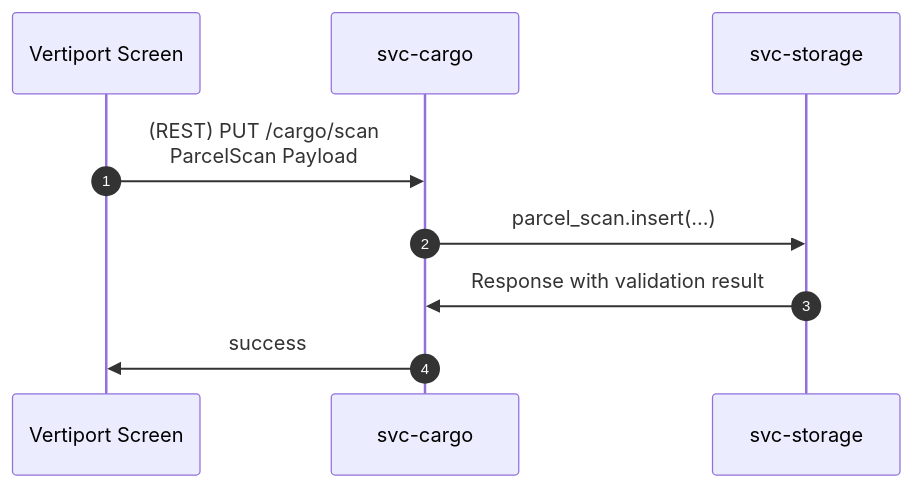
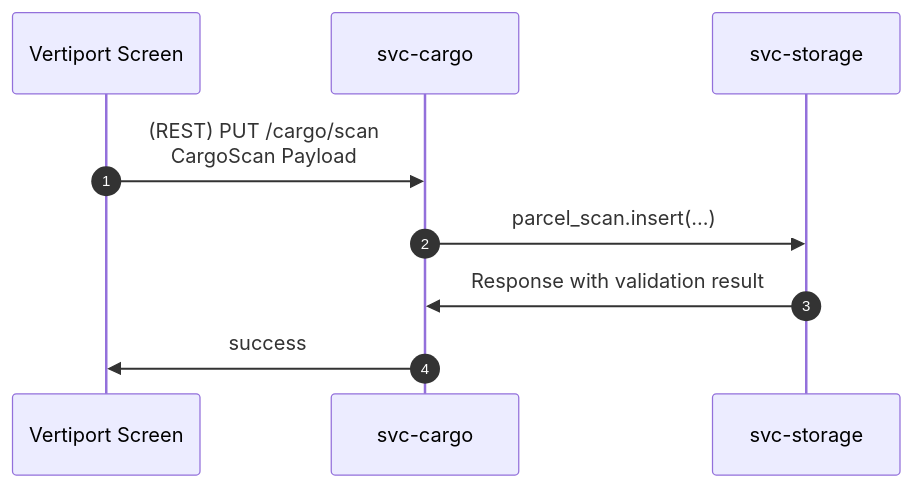
Diagram 22 of 25 in docs/sdd.md (aetheric-oss/svc-cargo), drawn with Mermaid before and after one commit. The commit also changed other lines of this file and 24 other files, not shown here.

````diff
--- a/docs/sdd.md
+++ b/docs/sdd.md
@@ -449,12 +475,12 @@
 ```mermaid
 sequenceDiagram
     autonumber
     participant client as Vertiport Screen
     participant cargo as svc-cargo
     participant storage as svc-storage
 
-    client->>cargo: (REST) PUT /cargo/scan<br>ParcelScan Payload
+    client->>cargo: (REST) PUT /cargo/scan<br>CargoScan Payload
     cargo->>storage: parcel_scan.insert(...)
     storage->>cargo: Response with validation result
     cargo->>client: success
 ```
````
